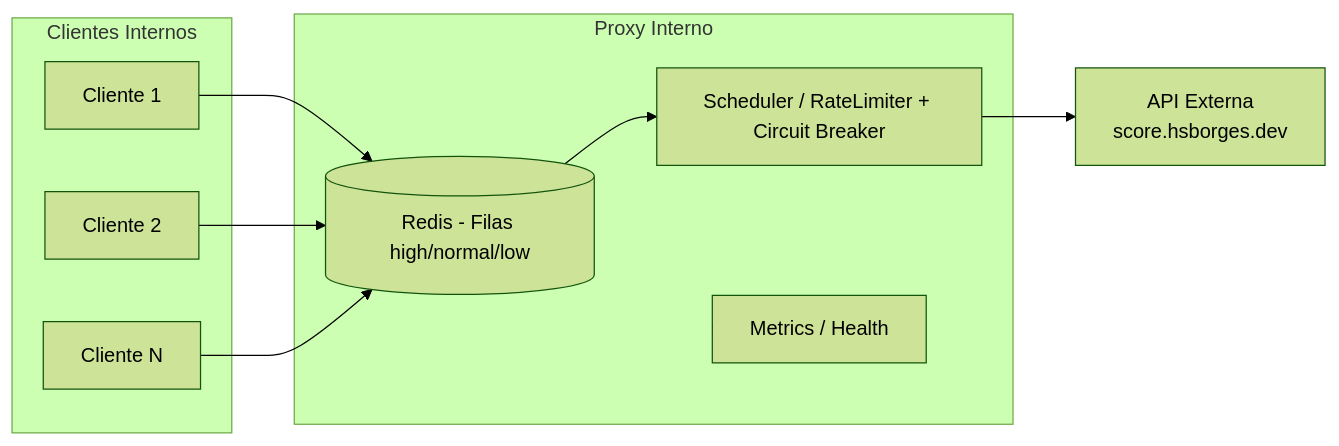
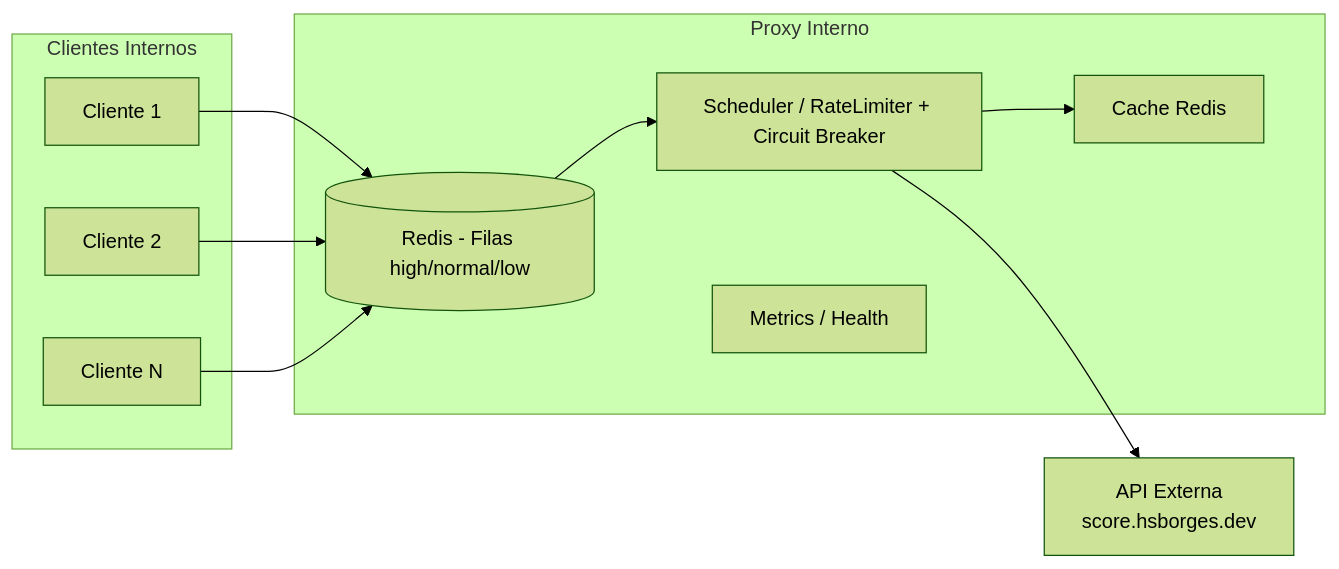
Before and after one commit to fabioramos-02/proxy_interno: the diagram in README.md, drawn with Mermaid (forest theme). The commit also changed other lines of this file and 2 other files, not shown here.

Commit message:
feat: atualizar documentação do projeto com informações sobre cache de respostas e melhorias na fila

````diff
--- a/README.md
+++ b/README.md
@@ -17,22 +17,24 @@
 ```mermaid
 flowchart LR
   subgraph Clients[Clientes Internos]
     A[Cliente 1]
     B[Cliente 2]
     N[Cliente N]
   end
 
   subgraph Proxy[Proxy Interno]
     Q[(Redis - Filas high/normal/low)]
     S[Scheduler / RateLimiter + Circuit Breaker]
+    C[Cache Redis]
     M[Metrics / Health]
   end
 
   Up[API Externa\nscore.hsborges.dev]
 
   A --> Q
   B --> Q
   N --> Q
   Q --> S --> Up
+  S --> C
   Proxy --> M
 ```
````
